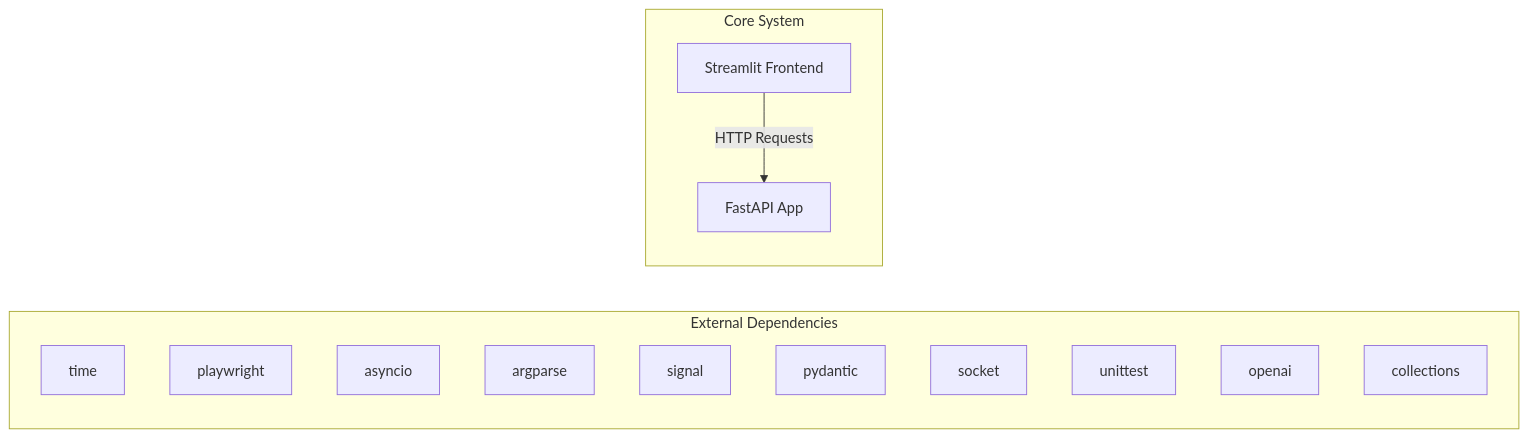
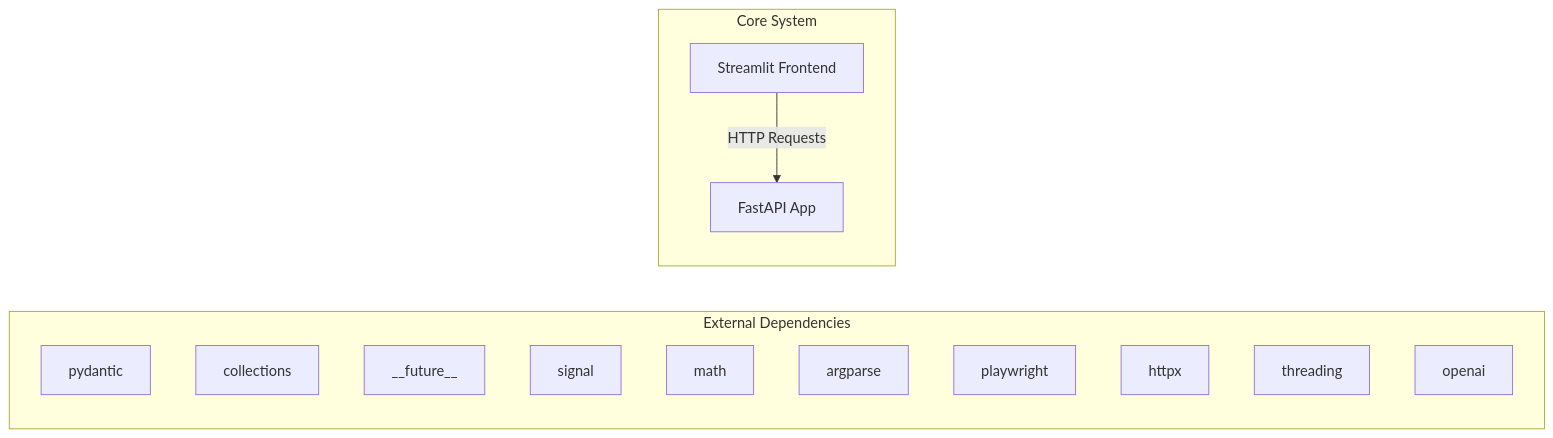
The first of 2 diagrams in docs/architecture.md (NITISH-R-G/rag-context-optimizer), drawn with Mermaid before and after one commit. The commit also changed 1 other file, not shown here.

Commit message:
docs: auto-update repository knowledge, architecture diagrams, and documentation

````diff
--- a/docs/architecture.md
+++ b/docs/architecture.md
@@ -7,20 +7,20 @@
 ```mermaid
 graph LR
     subgraph External Dependencies
-        E0["time"]
-        E1["playwright"]
-        E2["asyncio"]
-        E3["argparse"]
-        E4["signal"]
-        E5["pydantic"]
-        E6["socket"]
-        E7["unittest"]
-        E8["openai"]
-        E9["collections"]
+        E0["pydantic"]
+        E1["collections"]
+        E2["__future__"]
+        E3["signal"]
+        E4["math"]
+        E5["argparse"]
+        E6["playwright"]
+        E7["httpx"]
+        E8["threading"]
+        E9["openai"]
     end
     subgraph Core System
         API["FastAPI App"]
         UI["Streamlit Frontend"]
     end
     UI -->|HTTP Requests| API
 ```
````
